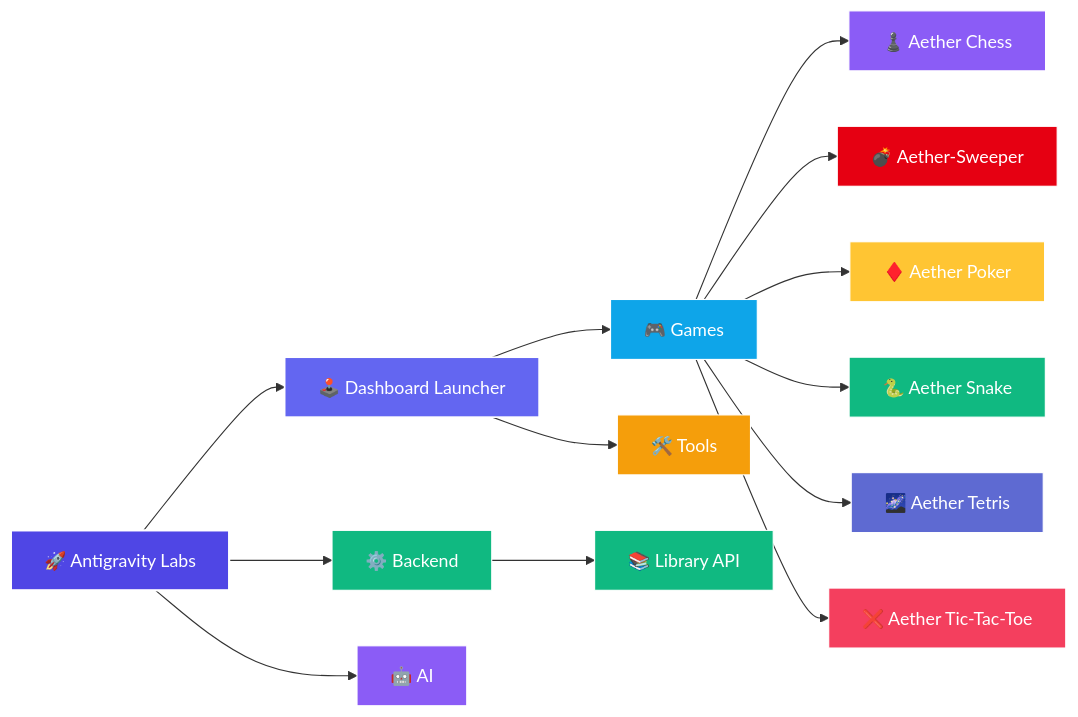
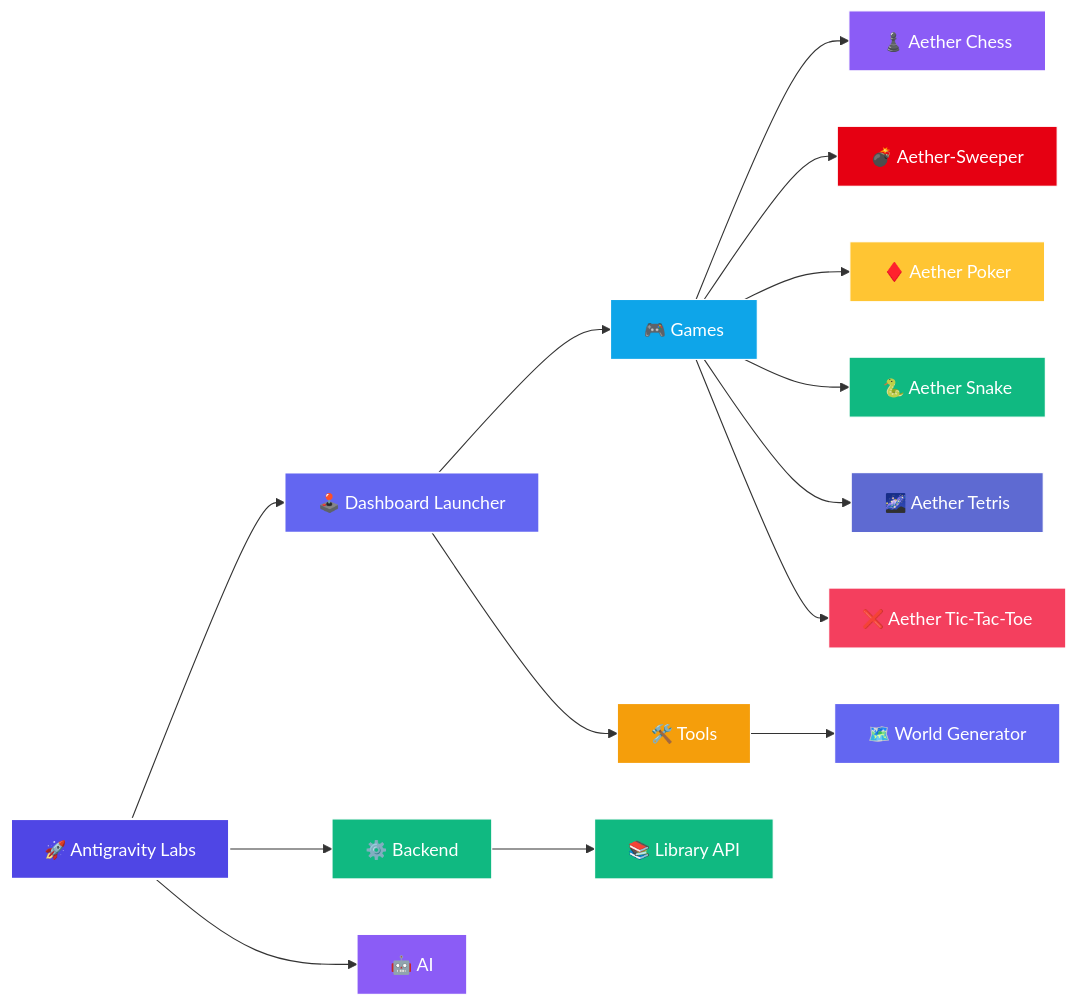
Before and after one commit to Leturnos/antigravity-labs: the diagram in README.md, drawn with Mermaid. The commit also changed other lines of this file and 9 other files, not shown here.

Commit message:
feat(tools): add procedural 2D world generator with dynamic biomes

````diff
--- a/README.md
+++ b/README.md
@@ -32,35 +33,38 @@
 ```mermaid
 flowchart LR
     Root["🚀 Antigravity Labs"]
     Launcher["🕹️ Dashboard Launcher"]
 
     Root --> Launcher
     Root --> Backend["⚙️ Backend"]
     Root --> AI["🤖 AI"]
 
     Launcher --> Games["🎮 Games"]
     Launcher --> Tools["🛠️ Tools"]
 
     Games --> Chess["♟️ Aether Chess"]
     Games --> Sweeper["💣 Aether-Sweeper"]
     Games --> Poker["♦️ Aether Poker"]
     Games --> Snake["🐍 Aether Snake"]
     Games --> Tetris["🌌 Aether Tetris"]
     Games --> TicTacToe["❌ Aether Tic-Tac-Toe"]
 
     Backend --> LibraryAPI["📚 Library API"]
+    
+    Tools --> WorldGen["🗺️ World Generator"]
 
     style Root fill:#4f46e5,stroke:#fff,stroke-width:2px,color:#fff
     style Launcher fill:#6366f1,stroke:#fff,stroke-width:1.5px,color:#fff
     style Games fill:#0ea5e9,stroke:#fff,stroke-width:1px,color:#fff
     style Backend fill:#10b981,stroke:#fff,stroke-width:1px,color:#fff
     style AI fill:#8b5cf6,stroke:#fff,stroke-width:1px,color:#fff
     style Tools fill:#f59e0b,stroke:#fff,stroke-width:1px,color:#fff
     style Chess fill:#8b5cf6,stroke:#fff,stroke-width:1px,color:#fff
     style Sweeper fill:#e60012,stroke:#fff,stroke-width:1px,color:#fff
     style Poker fill:#ffc533,stroke:#fff,stroke-width:1px,color:#fff
     style Snake fill:#10b981,stroke:#fff,stroke-width:1px,color:#fff
     style Tetris fill:#5e6ad2,stroke:#fff,stroke-width:1px,color:#fff
     style TicTacToe fill:#f43f5e,stroke:#fff,stroke-width:1px,color:#fff
     style LibraryAPI fill:#10b981,stroke:#fff,stroke-width:1px,color:#fff
+    style WorldGen fill:#6366f1,stroke:#fff,stroke-width:1px,color:#fff
 ```
````
